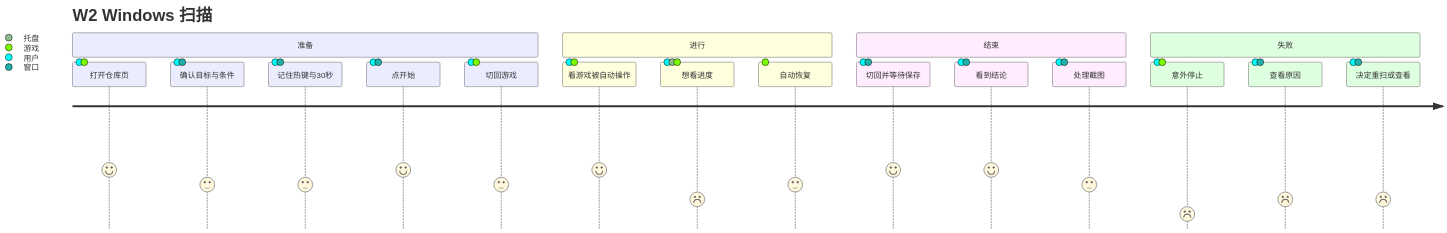
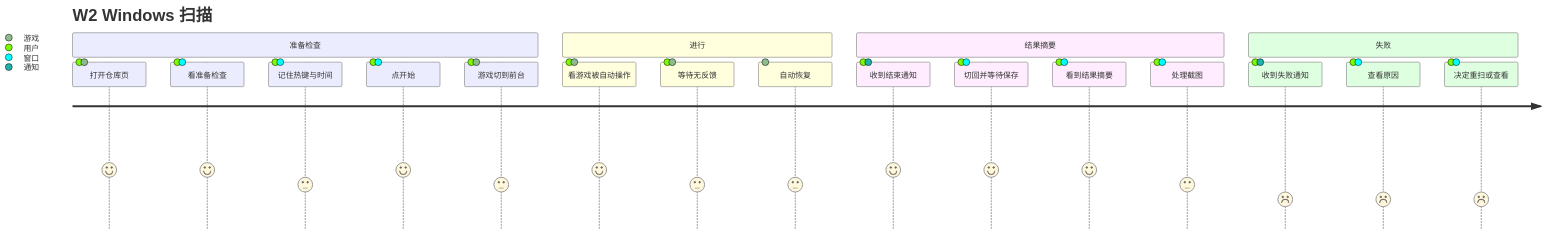
One commit to LoTwT/youkai changed the fourth of 11 diagrams in docs/design/uiux-2026-11/03-journeys-windows.md. Above: the diagram before and after it, drawn with Mermaid. The commit also changed other lines of this file and 7 other files, not shown here.

````diff
--- a/docs/design/uiux-2026-11/03-journeys-windows.md
+++ b/docs/design/uiux-2026-11/03-journeys-windows.md
@@ -131,22 +170,23 @@
 ```mermaid
 journey
   title W2 Windows 扫描
-  section 准备
+  section 准备检查
     打开仓库页: 4: 用户, 游戏
-    确认目标与条件: 3: 用户, 窗口
-    记住热键与30秒: 3: 用户, 窗口
+    看准备检查: 4: 用户, 窗口
+    记住热键与时间: 3: 用户, 窗口
     点开始: 4: 用户, 窗口
-    切回游戏: 3: 用户, 游戏
+    游戏切到前台: 3: 用户, 游戏
   section 进行
     看游戏被自动操作: 4: 用户, 游戏
-    想看进度: 2: 用户, 托盘, 游戏
+    等待无反馈: 3: 用户, 游戏
     自动恢复: 3: 游戏
-  section 结束
+  section 结果摘要
+    收到结束通知: 4: 用户, 通知
     切回并等待保存: 4: 用户, 窗口
-    看到结论: 4: 用户, 窗口
+    看到结果摘要: 4: 用户, 窗口
     处理截图: 3: 用户, 窗口
   section 失败
-    意外停止: 1: 用户, 游戏
+    收到失败通知: 2: 用户, 通知
     查看原因: 2: 用户, 窗口
     决定重扫或查看: 2: 用户, 窗口
 ```
````
